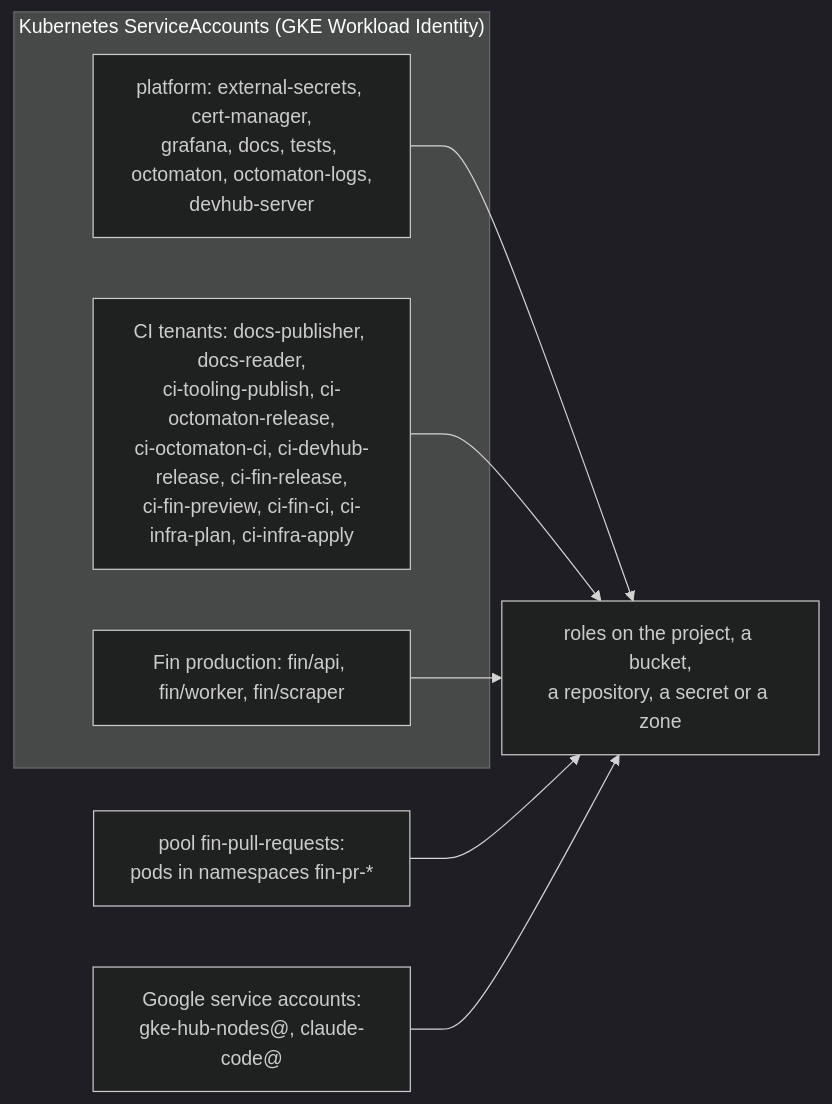
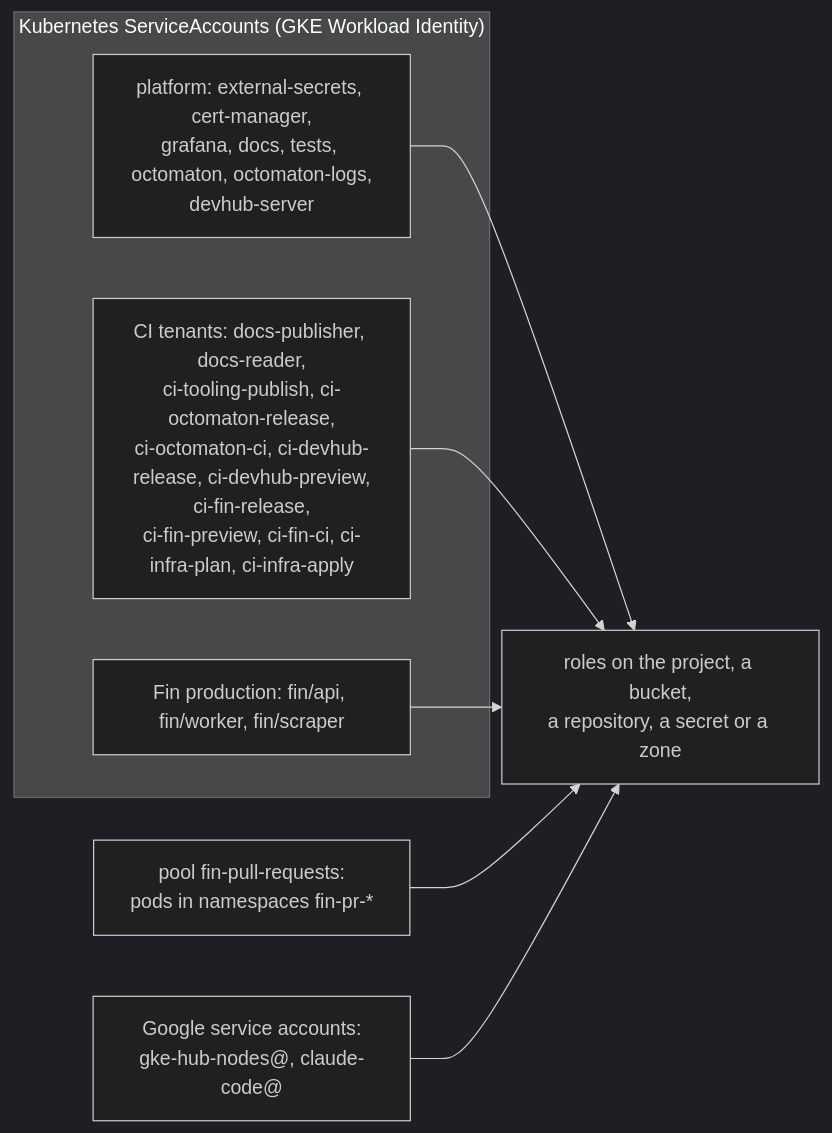
Before and after one commit to arikkfir-org/infra: the second of 2 diagrams in docs/infra/terraform/gcp.md, drawn with Mermaid (dark theme). The commit also changed other lines of this file and 3 other files, not shown here.

````diff
--- a/docs/infra/terraform/gcp.md
+++ b/docs/infra/terraform/gcp.md
@@ -155,11 +156,11 @@
 ```mermaid
 flowchart LR
   subgraph k8s["Kubernetes ServiceAccounts (GKE Workload Identity)"]
     PLAT["platform: external-secrets, cert-manager,<br/>grafana, docs, tests, octomaton, octomaton-logs,<br/>devhub-server"]
-    TEN["CI tenants: docs-publisher, docs-reader,<br/>ci-tooling-publish, ci-octomaton-release,<br/>ci-octomaton-ci, ci-devhub-release, ci-fin-release,<br/>ci-fin-preview, ci-fin-ci, ci-infra-plan, ci-infra-apply"]
+    TEN["CI tenants: docs-publisher, docs-reader,<br/>ci-tooling-publish, ci-octomaton-release,<br/>ci-octomaton-ci, ci-devhub-release, ci-devhub-preview,<br/>ci-fin-release,<br/>ci-fin-preview, ci-fin-ci, ci-infra-plan, ci-infra-apply"]
     FINP["Fin production: fin/api, fin/worker, fin/scraper"]
   end
   POOL["pool fin-pull-requests:<br/>pods in namespaces fin-pr-*"]
   GSA["Google service accounts:<br/>gke-hub-nodes@, claude-code@"]
   PLAT & TEN & FINP & POOL & GSA --> R["roles on the project, a bucket,<br/>a repository, a secret or a zone"]
 ```
````
